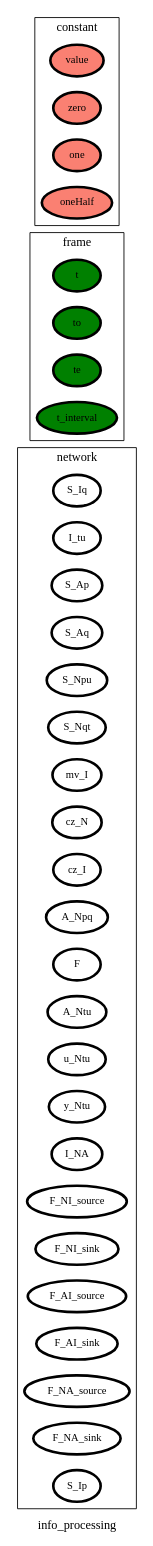
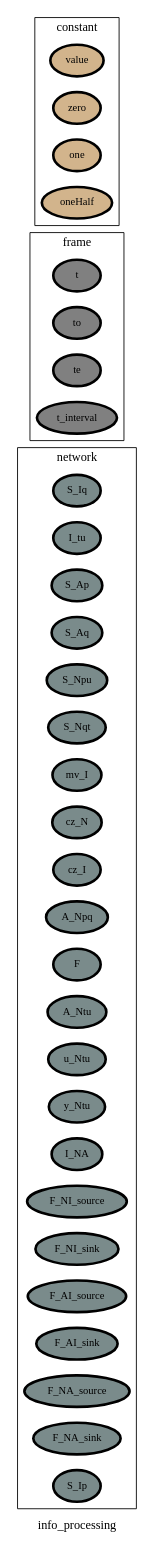
Before and after one commit to heinz-preisig/processes_000_HAP: the diagram in ontology_graphs/graph__info_processing.dot, drawn with Graphviz. The commit also changed 144 other files, not shown here.

```diff
--- a/ontology_graphs/graph__info_processing.dot
+++ b/ontology_graphs/graph__info_processing.dot
@@ -1,54 +1,54 @@
 digraph info_processing {
 label=info_processing;
 rankdir=LR;
 subgraph cluster_info_processing___network {
 label=network;
 rankdir=LR;
-V_10 [fillcolor=white, fontsize=12, label=S_Iq, penwidth=3, style=filled];
-V_11 [fillcolor=white, fontsize=12, label=I_tu, penwidth=3, style=filled];
-V_12 [fillcolor=white, fontsize=12, label=S_Ap, penwidth=3, style=filled];
-V_13 [fillcolor=white, fontsize=12, label=S_Aq, penwidth=3, style=filled];
-V_14 [fillcolor=white, fontsize=12, label=S_Npu, penwidth=3, style=filled];
-V_15 [fillcolor=white, fontsize=12, label=S_Nqt, penwidth=3, style=filled];
-V_16 [fillcolor=white, fontsize=12, label=mv_I, penwidth=3, style=filled];
-V_17 [fillcolor=white, fontsize=12, label=cz_N, penwidth=3, style=filled];
-V_18 [fillcolor=white, fontsize=12, label=cz_I, penwidth=3, style=filled];
-V_19 [fillcolor=white, fontsize=12, label=A_Npq, penwidth=3, style=filled];
-V_2 [fillcolor=white, fontsize=12, label=F, penwidth=3, style=filled];
-V_20 [fillcolor=white, fontsize=12, label=A_Ntu, penwidth=3, style=filled];
-V_21 [fillcolor=white, fontsize=12, label=u_Ntu, penwidth=3, style=filled];
-V_22 [fillcolor=white, fontsize=12, label=y_Ntu, penwidth=3, style=filled];
-V_27 [fillcolor=white, fontsize=12, label=I_NA, penwidth=3, style=filled];
-V_3 [fillcolor=white, fontsize=12, label=F_NI_source, penwidth=3, style=filled];
-V_4 [fillcolor=white, fontsize=12, label=F_NI_sink, penwidth=3, style=filled];
-V_5 [fillcolor=white, fontsize=12, label=F_AI_source, penwidth=3, style=filled];
-V_6 [fillcolor=white, fontsize=12, label=F_AI_sink, penwidth=3, style=filled];
-V_7 [fillcolor=white, fontsize=12, label=F_NA_source, penwidth=3, style=filled];
-V_8 [fillcolor=white, fontsize=12, label=F_NA_sink, penwidth=3, style=filled];
-V_9 [fillcolor=white, fontsize=12, label=S_Ip, penwidth=3, style=filled];
+V_10 [fillcolor=lightcyan4, fontsize=12, label=S_Iq, penwidth=3, style=filled];
+V_11 [fillcolor=lightcyan4, fontsize=12, label=I_tu, penwidth=3, style=filled];
+V_12 [fillcolor=lightcyan4, fontsize=12, label=S_Ap, penwidth=3, style=filled];
+V_13 [fillcolor=lightcyan4, fontsize=12, label=S_Aq, penwidth=3, style=filled];
+V_14 [fillcolor=lightcyan4, fontsize=12, label=S_Npu, penwidth=3, style=filled];
+V_15 [fillcolor=lightcyan4, fontsize=12, label=S_Nqt, penwidth=3, style=filled];
+V_16 [fillcolor=lightcyan4, fontsize=12, label=mv_I, penwidth=3, style=filled];
+V_17 [fillcolor=lightcyan4, fontsize=12, label=cz_N, penwidth=3, style=filled];
+V_18 [fillcolor=lightcyan4, fontsize=12, label=cz_I, penwidth=3, style=filled];
+V_19 [fillcolor=lightcyan4, fontsize=12, label=A_Npq, penwidth=3, style=filled];
+V_2 [fillcolor=lightcyan4, fontsize=12, label=F, penwidth=3, style=filled];
+V_20 [fillcolor=lightcyan4, fontsize=12, label=A_Ntu, penwidth=3, style=filled];
+V_21 [fillcolor=lightcyan4, fontsize=12, label=u_Ntu, penwidth=3, style=filled];
+V_22 [fillcolor=lightcyan4, fontsize=12, label=y_Ntu, penwidth=3, style=filled];
+V_27 [fillcolor=lightcyan4, fontsize=12, label=I_NA, penwidth=3, style=filled];
+V_3 [fillcolor=lightcyan4, fontsize=12, label=F_NI_source, penwidth=3, style=filled];
+V_4 [fillcolor=lightcyan4, fontsize=12, label=F_NI_sink, penwidth=3, style=filled];
+V_5 [fillcolor=lightcyan4, fontsize=12, label=F_AI_source, penwidth=3, style=filled];
+V_6 [fillcolor=lightcyan4, fontsize=12, label=F_AI_sink, penwidth=3, style=filled];
+V_7 [fillcolor=lightcyan4, fontsize=12, label=F_NA_source, penwidth=3, style=filled];
+V_8 [fillcolor=lightcyan4, fontsize=12, label=F_NA_sink, penwidth=3, style=filled];
+V_9 [fillcolor=lightcyan4, fontsize=12, label=S_Ip, penwidth=3, style=filled];
 }
 
 subgraph cluster_info_processing___frame {
 label=frame;
 rankdir=LR;
-V_1 [fillcolor=green, fontsize=12, label=t, penwidth=3, style=filled];
-V_105 [fillcolor=green, fontsize=12, label=to, penwidth=3, style=filled];
-V_106 [fillcolor=green, fontsize=12, label=te, penwidth=3, style=filled];
-V_107 [fillcolor=green, fontsize=12, label=t_interval, penwidth=3, style=filled];
+V_1 [fillcolor=grey, fontsize=12, label=t, penwidth=3, style=filled];
+V_105 [fillcolor=grey, fontsize=12, label=to, penwidth=3, style=filled];
+V_106 [fillcolor=grey, fontsize=12, label=te, penwidth=3, style=filled];
+V_107 [fillcolor=grey, fontsize=12, label=t_interval, penwidth=3, style=filled];
 }
 
 subgraph cluster_info_processing___state {
 label=state;
 rankdir=LR;
 }
 
 subgraph cluster_info_processing___constant {
 label=constant;
 rankdir=LR;
-V_101 [fillcolor=salmon, fontsize=12, label=value, penwidth=3, style=filled];
-V_102 [fillcolor=salmon, fontsize=12, label=zero, penwidth=3, style=filled];
-V_103 [fillcolor=salmon, fontsize=12, label=one, penwidth=3, style=filled];
-V_104 [fillcolor=salmon, fontsize=12, label=oneHalf, penwidth=3, style=filled];
+V_101 [fillcolor=tan, fontsize=12, label=value, penwidth=3, style=filled];
+V_102 [fillcolor=tan, fontsize=12, label=zero, penwidth=3, style=filled];
+V_103 [fillcolor=tan, fontsize=12, label=one, penwidth=3, style=filled];
+V_104 [fillcolor=tan, fontsize=12, label=oneHalf, penwidth=3, style=filled];
 }
 
 }
```
